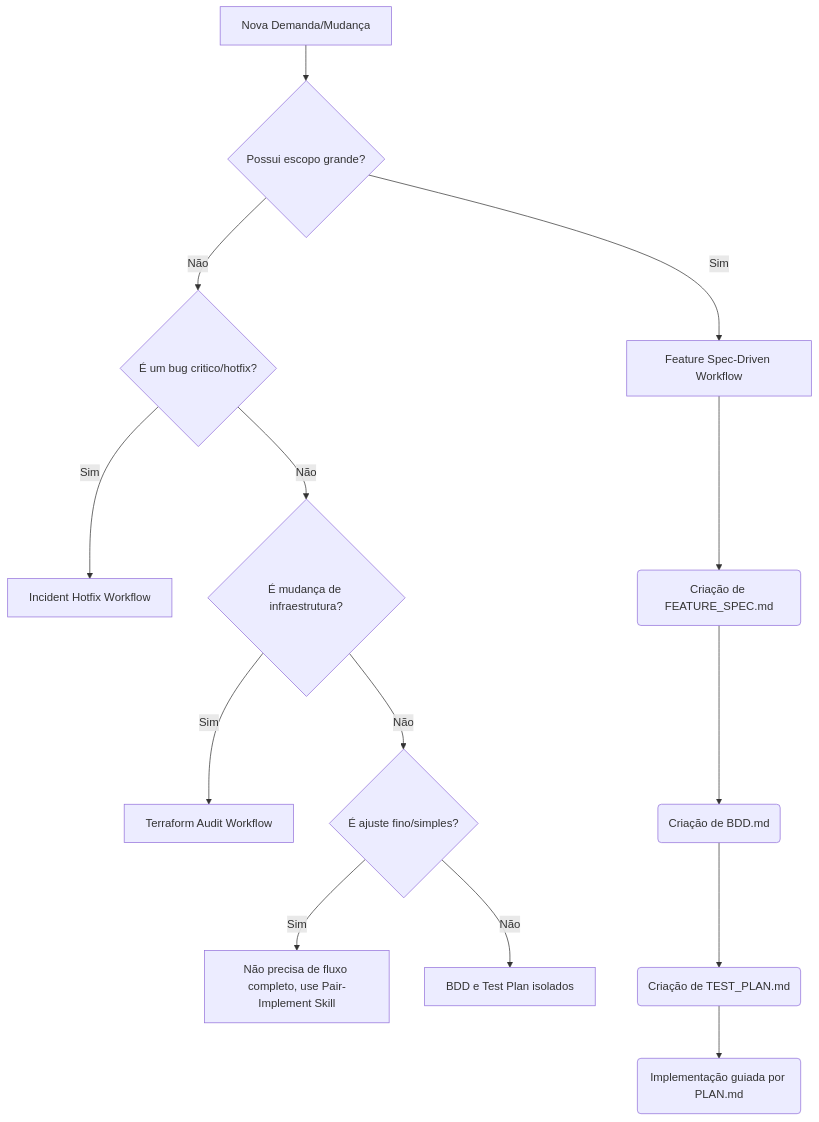
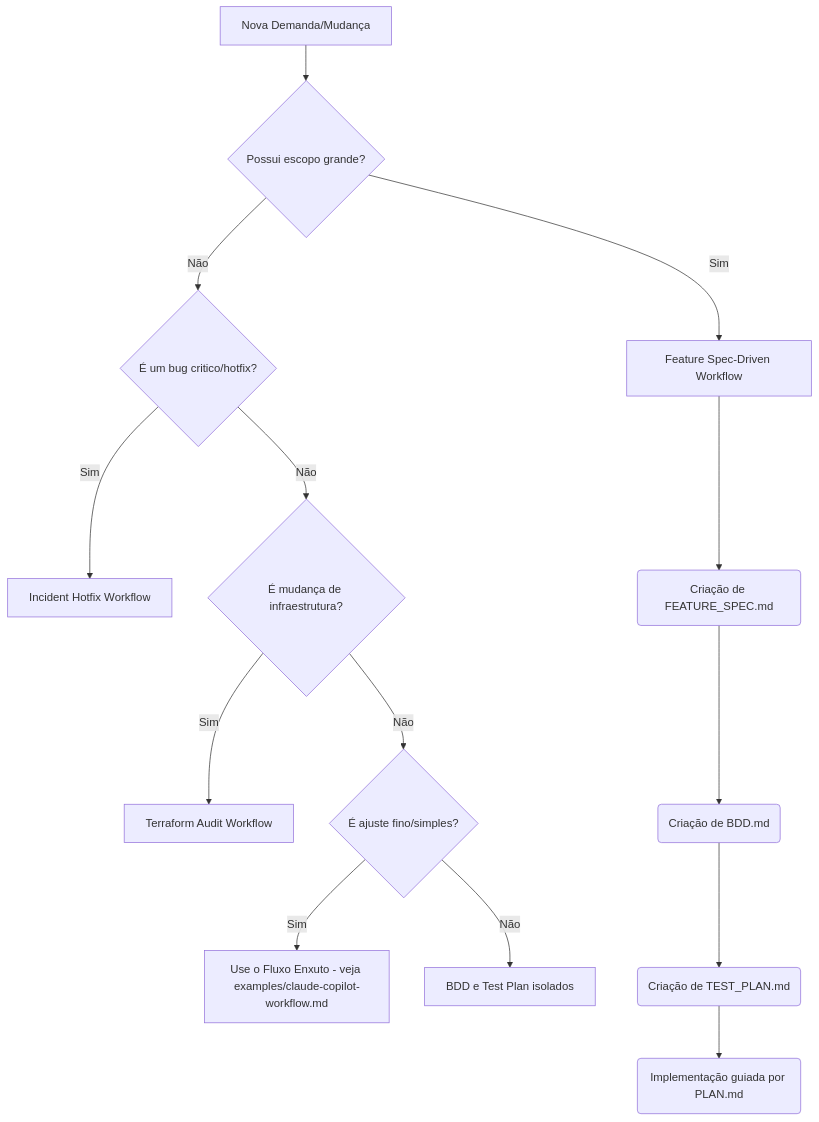
Before and after one commit to mneresc/gh-copilot-spec: the diagram in README.md, drawn with Mermaid. The commit also changed other lines of this file and 16 other files, not shown here.

````diff
--- a/README.md
+++ b/README.md
@@ -87,17 +88,17 @@
 ```mermaid
 graph TD
     A[Nova Demanda/Mudança] --> B{Possui escopo grande?}
     B -- Sim --> C[Feature Spec-Driven Workflow]
     B -- Não --> D{É um bug critico/hotfix?}
     D -- Sim --> E[Incident Hotfix Workflow]
     D -- Não --> F{É mudança de infraestrutura?}
     F -- Sim --> G[Terraform Audit Workflow]
     F -- Não --> H{É ajuste fino/simples?}
-    H -- Sim --> I[Não precisa de fluxo completo, use Pair-Implement Skill]
+    H -- Sim --> I[Use o Fluxo Enxuto - veja examples/claude-copilot-workflow.md]
     H -- Não --> J[BDD e Test Plan isolados]
 
     C --> K(Criação de FEATURE_SPEC.md)
     K --> L(Criação de BDD.md)
     L --> M(Criação de TEST_PLAN.md)
     M --> N(Implementação guiada por PLAN.md)
 ```
````
